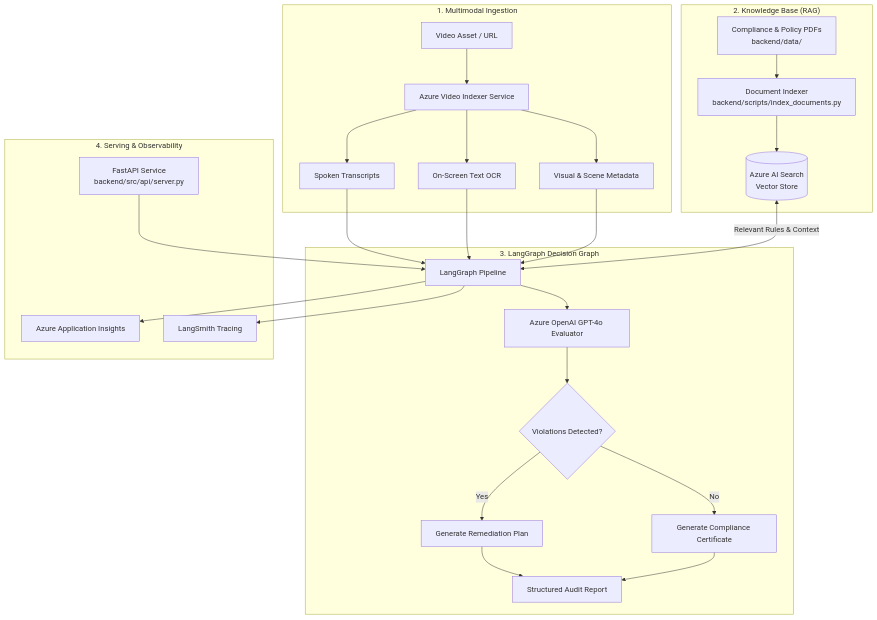
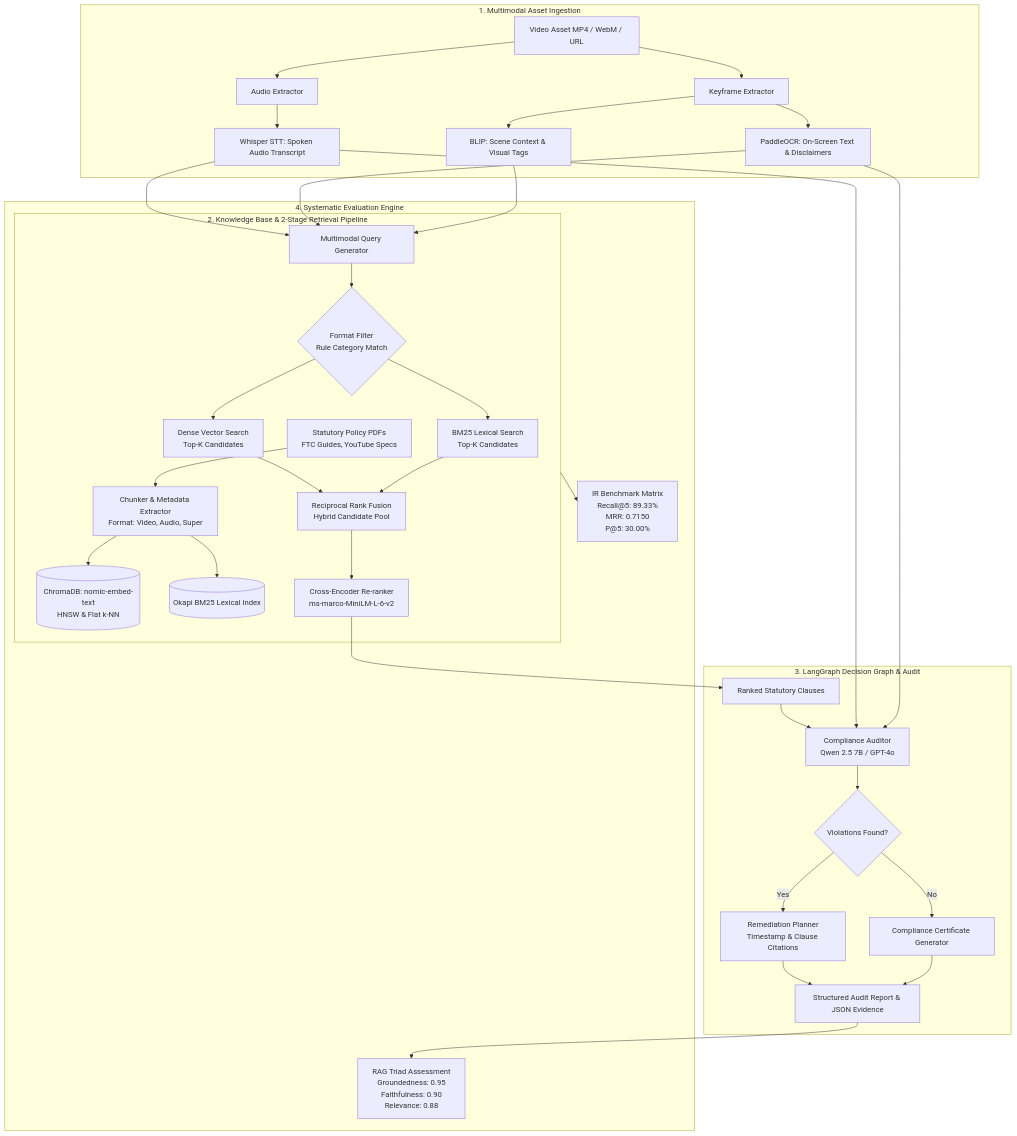
The diagram in README.md (om520/Multimodal-Compliance-QA-Pipeline), drawn with Mermaid before and after one commit. The commit also changed other lines of this file and 103 other files, not shown here.

Commit message:
feat: restructure into top-level azure and local pipelines with full RAG evaluation matrix and HNSW benchmark

````diff
--- a/README.md
+++ b/README.md
@@ -33,30 +45,41 @@
 ```mermaid
 flowchart TD
-    subgraph Ingestion["1. Multimodal Ingestion"]
-        VideoFile[Video Asset / URL] --> VI[Azure Video Indexer Service]
-        VI --> Transcript[Spoken Transcripts]
-        VI --> OCR[On-Screen Text OCR]
-        VI --> VisualTags[Visual & Scene Metadata]
+    subgraph INGESTION["1. Multimodal Asset Ingestion"]
+        Video[Video Asset MP4 / WebM / URL] --> AudioExt[Audio Extractor]
+        Video --> FrameExt[Keyframe Extractor]
+        AudioExt --> Whisper[Whisper STT: Spoken Audio Transcript]
+        FrameExt --> PaddleOCR[PaddleOCR: On-Screen Text & Disclaimers]
+        FrameExt --> BLIP[BLIP: Scene Context & Visual Tags]
     end
 
-    subgraph KnowledgeBase["2. Knowledge Base (RAG)"]
-        PDFs[Compliance & Policy PDFs<br/>backend/data/] --> Indexer[Document Indexer<br/>backend/scripts/index_documents.py]
-        Indexer --> AISearch[(Azure AI Search<br/>Vector Store)]
+    subgraph RAG_RETRIEVAL["2. Knowledge Base & 2-Stage Retrieval Pipeline"]
+        PDFs[Statutory Policy PDFs<br/>FTC Guides, YouTube Specs] --> Chunker[Chunker & Metadata Extractor<br/>Format: Video, Audio, Super]
+        Chunker --> VectorStore[(ChromaDB: nomic-embed-text<br/>HNSW & Flat k-NN)]
+        Chunker --> InvertedIdx[(Okapi BM25 Lexical Index)]
+        
+        Whisper & PaddleOCR & BLIP --> QueryGen[Multimodal Query Generator]
+        QueryGen --> FormatFilter{Format Filter<br/>Rule Category Match}
+        
+        FormatFilter --> DenseSearch[Dense Vector Search<br/>Top-K Candidates]
+        FormatFilter --> SparseSearch[BM25 Lexical Search<br/>Top-K Candidates]
+        
+        DenseSearch & SparseSearch --> RRF[Reciprocal Rank Fusion<br/>Hybrid Candidate Pool]
+        RRF --> CrossEncoder[Cross-Encoder Re-ranker<br/>ms-marco-MiniLM-L-6-v2]
     end
 
-    subgraph Orchestration["3. LangGraph Decision Graph"]
-        Transcript & OCR & VisualTags --> StateGraph[LangGraph Pipeline]
-        AISearch <-->|Relevant Rules & Context| StateGraph
-        StateGraph --> Evaluator[Azure OpenAI GPT-4o Evaluator]
-        Evaluator --> ViolationCheck{Violations Detected?}
-        ViolationCheck -->|Yes| RemediationGen[Generate Remediation Plan]
-        ViolationCheck -->|No| PassReport[Generate Compliance Certificate]
-        RemediationGen & PassReport --> FinalReport[Structured Audit Report]
+    subgraph REASONING["3. LangGraph Decision Graph & Audit"]
+        CrossEncoder --> RelevantRules[Ranked Statutory Clauses]
+        RelevantRules --> Auditor[Compliance Auditor<br/>Qwen 2.5 7B / GPT-4o]
+        Whisper & PaddleOCR --> Auditor
+        
+        Auditor --> Decision{Violations Found?}
+        Decision -->|Yes| Remediation[Remediation Planner<br/>Timestamp & Clause Citations]
+        Decision -->|No| Cert[Compliance Certificate Generator]
+        Remediation & Cert --> FinalAudit[Structured Audit Report & JSON Evidence]
     end
 
-    subgraph Serving["4. Serving & Observability"]
-        API[FastAPI Service<br/>backend/src/api/server.py] --> StateGraph
-        StateGraph --> AppInsights[Azure Application Insights]
-        StateGraph --> LangSmith[LangSmith Tracing]
+    subgraph EVALUATION["4. Systematic Evaluation Engine"]
+        FinalAudit --> TruLens[RAG Triad Assessment<br/>Groundedness: 0.95<br/>Faithfulness: 0.90<br/>Relevance: 0.88]
+        RAG_RETRIEVAL --> IRMetrics[IR Benchmark Matrix<br/>Recall@5: 89.33%<br/>MRR: 0.7150<br/>P@5: 30.00%]
     end
 ```
````
